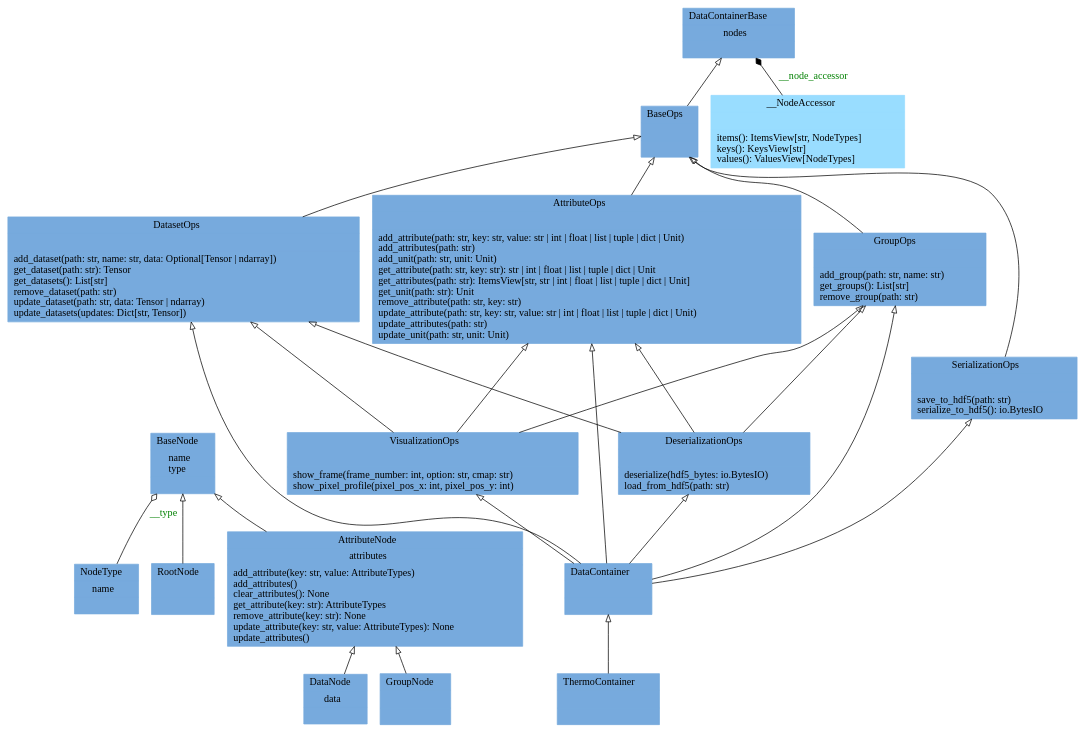
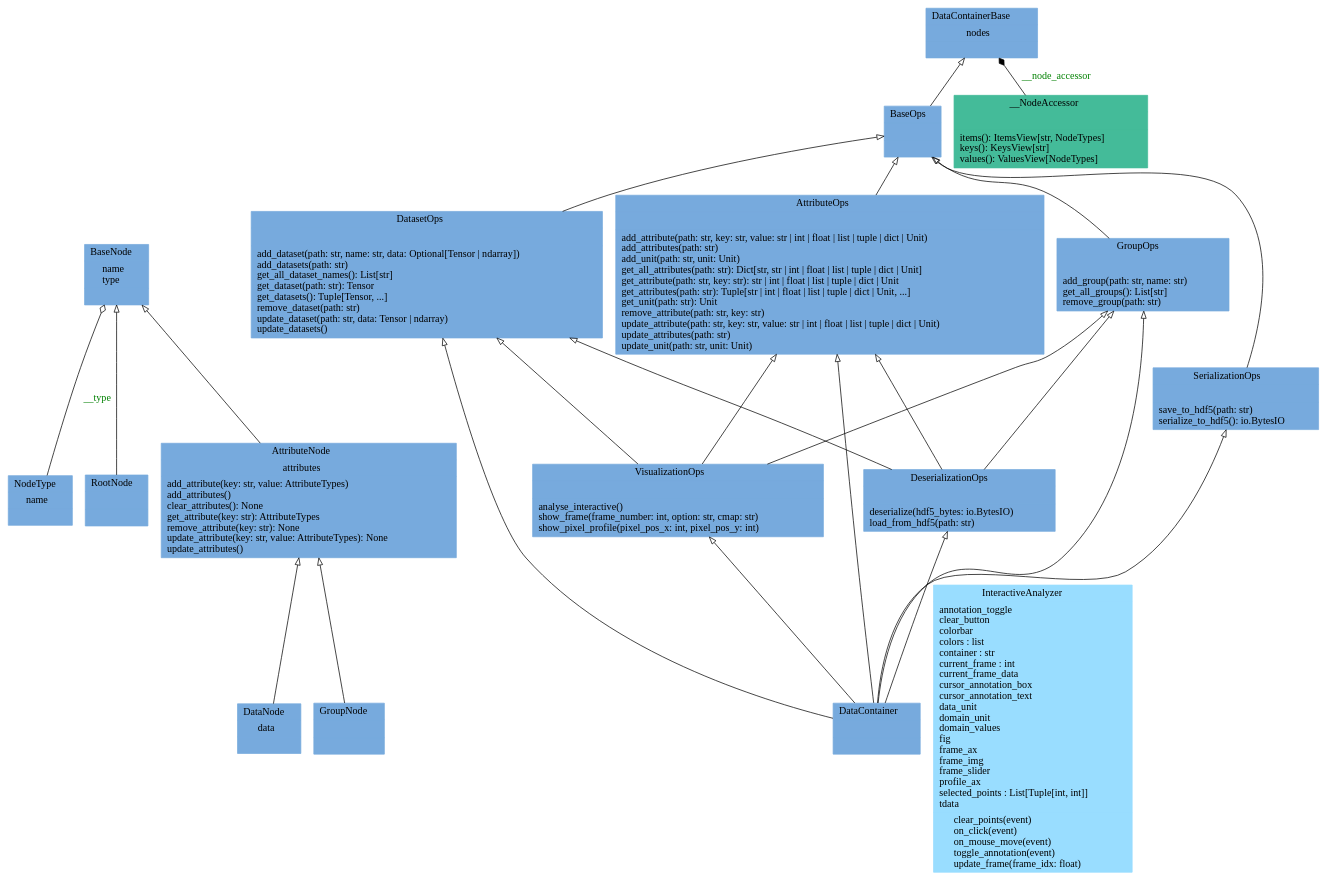
The diagram in docs/pyreverse/classes_pythermondt.data.datacontainer.gv (voidsy-gmbh/pyThermoNDT), drawn with Graphviz before and after one commit. The commit also changed 21 other files, not shown here.

Commit message:
Update pyreverse diagrams

```diff
--- a/docs/pyreverse/classes_pythermondt.data.datacontainer.gv
+++ b/docs/pyreverse/classes_pythermondt.data.datacontainer.gv
@@ -1,45 +1,44 @@
 digraph "classes_pythermondt.data.datacontainer" {
 rankdir=BT
 charset="utf-8"
 "pythermondt.data.datacontainer.node.AttributeNode" [color="#77AADD", fontcolor="black", label=<{AttributeNode|attributes<br ALIGN="LEFT"/>|add_attribute(key: str, value: AttributeTypes)<br ALIGN="LEFT"/>add_attributes()<br ALIGN="LEFT"/>clear_attributes(): None<br ALIGN="LEFT"/>get_attribute(key: str): AttributeTypes<br ALIGN="LEFT"/>remove_attribute(key: str): None<br ALIGN="LEFT"/>update_attribute(key: str, value: AttributeTypes): None<br ALIGN="LEFT"/>update_attributes()<br ALIGN="LEFT"/>}>, shape="record", style="filled"];
-"pythermondt.data.datacontainer.attribute_ops.AttributeOps" [color="#77AADD", fontcolor="black", label=<{AttributeOps|<br ALIGN="LEFT"/>|add_attribute(path: str, key: str, value: str \| int \| float \| list \| tuple \| dict \| Unit)<br ALIGN="LEFT"/>add_attributes(path: str)<br ALIGN="LEFT"/>add_unit(path: str, unit: Unit)<br ALIGN="LEFT"/>get_attribute(path: str, key: str): str \| int \| float \| list \| tuple \| dict \| Unit<br ALIGN="LEFT"/>get_attributes(path: str): ItemsView[str, str \| int \| float \| list \| tuple \| dict \| Unit]<br ALIGN="LEFT"/>get_unit(path: str): Unit<br ALIGN="LEFT"/>remove_attribute(path: str, key: str)<br ALIGN="LEFT"/>update_attribute(path: str, key: str, value: str \| int \| float \| list \| tuple \| dict \| Unit)<br ALIGN="LEFT"/>update_attributes(path: str)<br ALIGN="LEFT"/>update_unit(path: str, unit: Unit)<br ALIGN="LEFT"/>}>, shape="record", style="filled"];
+"pythermondt.data.datacontainer.attribute_ops.AttributeOps" [color="#77AADD", fontcolor="black", label=<{AttributeOps|<br ALIGN="LEFT"/>|add_attribute(path: str, key: str, value: str \| int \| float \| list \| tuple \| dict \| Unit)<br ALIGN="LEFT"/>add_attributes(path: str)<br ALIGN="LEFT"/>add_unit(path: str, unit: Unit)<br ALIGN="LEFT"/>get_all_attributes(path: str): Dict[str, str \| int \| float \| list \| tuple \| dict \| Unit]<br ALIGN="LEFT"/>get_attribute(path: str, key: str): str \| int \| float \| list \| tuple \| dict \| Unit<br ALIGN="LEFT"/>get_attributes(path: str): Tuple[str \| int \| float \| list \| tuple \| dict \| Unit, ...]<br ALIGN="LEFT"/>get_unit(path: str): Unit<br ALIGN="LEFT"/>remove_attribute(path: str, key: str)<br ALIGN="LEFT"/>update_attribute(path: str, key: str, value: str \| int \| float \| list \| tuple \| dict \| Unit)<br ALIGN="LEFT"/>update_attributes(path: str)<br ALIGN="LEFT"/>update_unit(path: str, unit: Unit)<br ALIGN="LEFT"/>}>, shape="record", style="filled"];
 "pythermondt.data.datacontainer.node.BaseNode" [color="#77AADD", fontcolor="black", label=<{BaseNode|name<br ALIGN="LEFT"/>type<br ALIGN="LEFT"/>|}>, shape="record", style="filled"];
 "pythermondt.data.datacontainer.base.BaseOps" [color="#77AADD", fontcolor="black", label=<{BaseOps|<br ALIGN="LEFT"/>|}>, shape="record", style="filled"];
 "pythermondt.data.datacontainer.core.DataContainer" [color="#77AADD", fontcolor="black", label=<{DataContainer|<br ALIGN="LEFT"/>|}>, shape="record", style="filled"];
 "pythermondt.data.datacontainer.base.DataContainerBase" [color="#77AADD", fontcolor="black", label=<{DataContainerBase|nodes<br ALIGN="LEFT"/>|}>, shape="record", style="filled"];
 "pythermondt.data.datacontainer.node.DataNode" [color="#77AADD", fontcolor="black", label=<{DataNode|data<br ALIGN="LEFT"/>|}>, shape="record", style="filled"];
-"pythermondt.data.datacontainer.dataset_ops.DatasetOps" [color="#77AADD", fontcolor="black", label=<{DatasetOps|<br ALIGN="LEFT"/>|add_dataset(path: str, name: str, data: Optional[Tensor \| ndarray])<br ALIGN="LEFT"/>get_dataset(path: str): Tensor<br ALIGN="LEFT"/>get_datasets(): List[str]<br ALIGN="LEFT"/>remove_dataset(path: str)<br ALIGN="LEFT"/>update_dataset(path: str, data: Tensor \| ndarray)<br ALIGN="LEFT"/>update_datasets(updates: Dict[str, Tensor])<br ALIGN="LEFT"/>}>, shape="record", style="filled"];
+"pythermondt.data.datacontainer.dataset_ops.DatasetOps" [color="#77AADD", fontcolor="black", label=<{DatasetOps|<br ALIGN="LEFT"/>|add_dataset(path: str, name: str, data: Optional[Tensor \| ndarray])<br ALIGN="LEFT"/>add_datasets(path: str)<br ALIGN="LEFT"/>get_all_dataset_names(): List[str]<br ALIGN="LEFT"/>get_dataset(path: str): Tensor<br ALIGN="LEFT"/>get_datasets(): Tuple[Tensor, ...]<br ALIGN="LEFT"/>remove_dataset(path: str)<br ALIGN="LEFT"/>update_dataset(path: str, data: Tensor \| ndarray)<br ALIGN="LEFT"/>update_datasets()<br ALIGN="LEFT"/>}>, shape="record", style="filled"];
 "pythermondt.data.datacontainer.serialization_ops.DeserializationOps" [color="#77AADD", fontcolor="black", label=<{DeserializationOps|<br ALIGN="LEFT"/>|deserialize(hdf5_bytes: io.BytesIO)<br ALIGN="LEFT"/>load_from_hdf5(path: str)<br ALIGN="LEFT"/>}>, shape="record", style="filled"];
 "pythermondt.data.datacontainer.node.GroupNode" [color="#77AADD", fontcolor="black", label=<{GroupNode|<br ALIGN="LEFT"/>|}>, shape="record", style="filled"];
-"pythermondt.data.datacontainer.group_ops.GroupOps" [color="#77AADD", fontcolor="black", label=<{GroupOps|<br ALIGN="LEFT"/>|add_group(path: str, name: str)<br ALIGN="LEFT"/>get_groups(): List[str]<br ALIGN="LEFT"/>remove_group(path: str)<br ALIGN="LEFT"/>}>, shape="record", style="filled"];
+"pythermondt.data.datacontainer.group_ops.GroupOps" [color="#77AADD", fontcolor="black", label=<{GroupOps|<br ALIGN="LEFT"/>|add_group(path: str, name: str)<br ALIGN="LEFT"/>get_all_groups(): List[str]<br ALIGN="LEFT"/>remove_group(path: str)<br ALIGN="LEFT"/>}>, shape="record", style="filled"];
+"pythermondt.data.datacontainer.visualization_ops.VisualizationOps.InteractiveAnalyzer" [color="#99DDFF", fontcolor="black", label=<{InteractiveAnalyzer|annotation_toggle<br ALIGN="LEFT"/>clear_button<br ALIGN="LEFT"/>colorbar<br ALIGN="LEFT"/>colors : list<br ALIGN="LEFT"/>container : str<br ALIGN="LEFT"/>current_frame : int<br ALIGN="LEFT"/>current_frame_data<br ALIGN="LEFT"/>cursor_annotation_box<br ALIGN="LEFT"/>cursor_annotation_text<br ALIGN="LEFT"/>data_unit<br ALIGN="LEFT"/>domain_unit<br ALIGN="LEFT"/>domain_values<br ALIGN="LEFT"/>fig<br ALIGN="LEFT"/>frame_ax<br ALIGN="LEFT"/>frame_img<br ALIGN="LEFT"/>frame_slider<br ALIGN="LEFT"/>profile_ax<br ALIGN="LEFT"/>selected_points : List[Tuple[int, int]]<br ALIGN="LEFT"/>tdata<br ALIGN="LEFT"/>|clear_points(event)<br ALIGN="LEFT"/>on_click(event)<br ALIGN="LEFT"/>on_mouse_move(event)<br ALIGN="LEFT"/>toggle_annotation(event)<br ALIGN="LEFT"/>update_frame(frame_idx: float)<br ALIGN="LEFT"/>}>, shape="record", style="filled"];
 "pythermondt.data.datacontainer.node.NodeType" [color="#77AADD", fontcolor="black", label=<{NodeType|name<br ALIGN="LEFT"/>|}>, shape="record", style="filled"];
 "pythermondt.data.datacontainer.node.RootNode" [color="#77AADD", fontcolor="black", label=<{RootNode|<br ALIGN="LEFT"/>|}>, shape="record", style="filled"];
 "pythermondt.data.datacontainer.serialization_ops.SerializationOps" [color="#77AADD", fontcolor="black", label=<{SerializationOps|<br ALIGN="LEFT"/>|save_to_hdf5(path: str)<br ALIGN="LEFT"/>serialize_to_hdf5(): io.BytesIO<br ALIGN="LEFT"/>}>, shape="record", style="filled"];
-"pythermondt.data.datacontainer.core.ThermoContainer" [color="#77AADD", fontcolor="black", label=<{ThermoContainer|<br ALIGN="LEFT"/>|}>, shape="record", style="filled"];
-"pythermondt.data.datacontainer.visualization_ops.VisualizationOps" [color="#77AADD", fontcolor="black", label=<{VisualizationOps|<br ALIGN="LEFT"/>|show_frame(frame_number: int, option: str, cmap: str)<br ALIGN="LEFT"/>show_pixel_profile(pixel_pos_x: int, pixel_pos_y: int)<br ALIGN="LEFT"/>}>, shape="record", style="filled"];
-"pythermondt.data.datacontainer.base.DataContainerBase.__NodeAccessor" [color="#99DDFF", fontcolor="black", label=<{__NodeAccessor|<br ALIGN="LEFT"/>|items(): ItemsView[str, NodeTypes]<br ALIGN="LEFT"/>keys(): KeysView[str]<br ALIGN="LEFT"/>values(): ValuesView[NodeTypes]<br ALIGN="LEFT"/>}>, shape="record", style="filled"];
+"pythermondt.data.datacontainer.visualization_ops.VisualizationOps" [color="#77AADD", fontcolor="black", label=<{VisualizationOps|<br ALIGN="LEFT"/>|analyse_interactive()<br ALIGN="LEFT"/>show_frame(frame_number: int, option: str, cmap: str)<br ALIGN="LEFT"/>show_pixel_profile(pixel_pos_x: int, pixel_pos_y: int)<br ALIGN="LEFT"/>}>, shape="record", style="filled"];
+"pythermondt.data.datacontainer.base.DataContainerBase.__NodeAccessor" [color="#44BB99", fontcolor="black", label=<{__NodeAccessor|<br ALIGN="LEFT"/>|items(): ItemsView[str, NodeTypes]<br ALIGN="LEFT"/>keys(): KeysView[str]<br ALIGN="LEFT"/>values(): ValuesView[NodeTypes]<br ALIGN="LEFT"/>}>, shape="record", style="filled"];
 "pythermondt.data.datacontainer.attribute_ops.AttributeOps" -> "pythermondt.data.datacontainer.base.BaseOps" [arrowhead="empty", arrowtail="none"];
 "pythermondt.data.datacontainer.base.BaseOps" -> "pythermondt.data.datacontainer.base.DataContainerBase" [arrowhead="empty", arrowtail="none"];
 "pythermondt.data.datacontainer.core.DataContainer" -> "pythermondt.data.datacontainer.attribute_ops.AttributeOps" [arrowhead="empty", arrowtail="none"];
 "pythermondt.data.datacontainer.core.DataContainer" -> "pythermondt.data.datacontainer.dataset_ops.DatasetOps" [arrowhead="empty", arrowtail="none"];
 "pythermondt.data.datacontainer.core.DataContainer" -> "pythermondt.data.datacontainer.group_ops.GroupOps" [arrowhead="empty", arrowtail="none"];
 "pythermondt.data.datacontainer.core.DataContainer" -> "pythermondt.data.datacontainer.serialization_ops.DeserializationOps" [arrowhead="empty", arrowtail="none"];
 "pythermondt.data.datacontainer.core.DataContainer" -> "pythermondt.data.datacontainer.serialization_ops.SerializationOps" [arrowhead="empty", arrowtail="none"];
 "pythermondt.data.datacontainer.core.DataContainer" -> "pythermondt.data.datacontainer.visualization_ops.VisualizationOps" [arrowhead="empty", arrowtail="none"];
-"pythermondt.data.datacontainer.core.ThermoContainer" -> "pythermondt.data.datacontainer.core.DataContainer" [arrowhead="empty", arrowtail="none"];
 "pythermondt.data.datacontainer.dataset_ops.DatasetOps" -> "pythermondt.data.datacontainer.base.BaseOps" [arrowhead="empty", arrowtail="none"];
 "pythermondt.data.datacontainer.group_ops.GroupOps" -> "pythermondt.data.datacontainer.base.BaseOps" [arrowhead="empty", arrowtail="none"];
 "pythermondt.data.datacontainer.node.AttributeNode" -> "pythermondt.data.datacontainer.node.BaseNode" [arrowhead="empty", arrowtail="none"];
 "pythermondt.data.datacontainer.node.DataNode" -> "pythermondt.data.datacontainer.node.AttributeNode" [arrowhead="empty", arrowtail="none"];
 "pythermondt.data.datacontainer.node.GroupNode" -> "pythermondt.data.datacontainer.node.AttributeNode" [arrowhead="empty", arrowtail="none"];
 "pythermondt.data.datacontainer.node.RootNode" -> "pythermondt.data.datacontainer.node.BaseNode" [arrowhead="empty", arrowtail="none"];
 "pythermondt.data.datacontainer.serialization_ops.DeserializationOps" -> "pythermondt.data.datacontainer.attribute_ops.AttributeOps" [arrowhead="empty", arrowtail="none"];
 "pythermondt.data.datacontainer.serialization_ops.DeserializationOps" -> "pythermondt.data.datacontainer.dataset_ops.DatasetOps" [arrowhead="empty", arrowtail="none"];
 "pythermondt.data.datacontainer.serialization_ops.DeserializationOps" -> "pythermondt.data.datacontainer.group_ops.GroupOps" [arrowhead="empty", arrowtail="none"];
 "pythermondt.data.datacontainer.serialization_ops.SerializationOps" -> "pythermondt.data.datacontainer.base.BaseOps" [arrowhead="empty", arrowtail="none"];
 "pythermondt.data.datacontainer.visualization_ops.VisualizationOps" -> "pythermondt.data.datacontainer.attribute_ops.AttributeOps" [arrowhead="empty", arrowtail="none"];
 "pythermondt.data.datacontainer.visualization_ops.VisualizationOps" -> "pythermondt.data.datacontainer.dataset_ops.DatasetOps" [arrowhead="empty", arrowtail="none"];
 "pythermondt.data.datacontainer.visualization_ops.VisualizationOps" -> "pythermondt.data.datacontainer.group_ops.GroupOps" [arrowhead="empty", arrowtail="none"];
 "pythermondt.data.datacontainer.base.DataContainerBase.__NodeAccessor" -> "pythermondt.data.datacontainer.base.DataContainerBase" [arrowhead="diamond", arrowtail="none", fontcolor="green", label="__node_accessor", style="solid"];
 "pythermondt.data.datacontainer.node.NodeType" -> "pythermondt.data.datacontainer.node.BaseNode" [arrowhead="odiamond", arrowtail="none", fontcolor="green", label="__type", style="solid"];
 }
```
